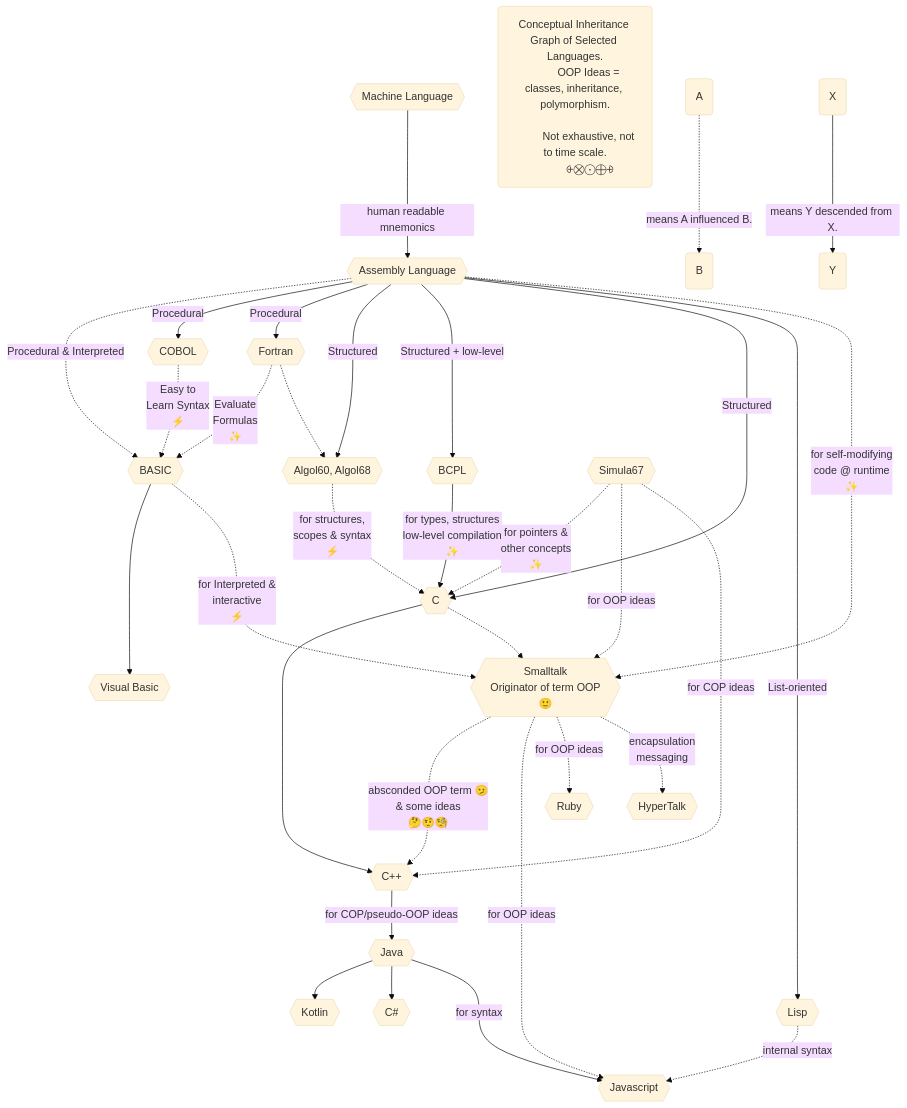
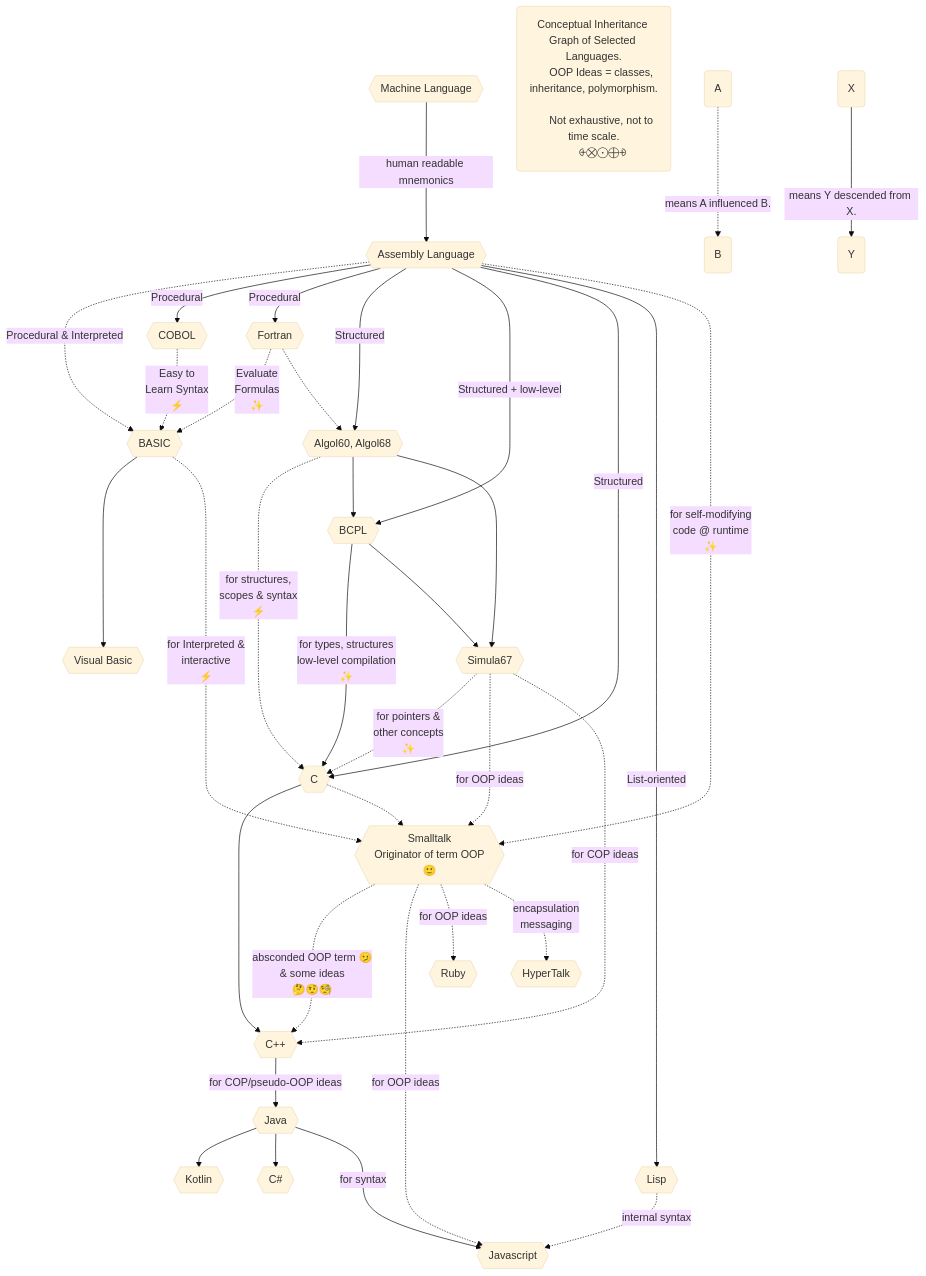
Before and after one commit to realityexpander/How_to_program_from_ground_up: the diagram in 13-Conclusion.md, drawn with Mermaid (base theme).

Commit message:
improve conclusion map

````diff
--- a/13-Conclusion.md
+++ b/13-Conclusion.md
@@ -30,73 +30,73 @@
   ```mermaid
     graph TB
         MachineLanguage{{Machine Language}} -->|human readable mnemonics| AssemblyLanguage
         AssemblyLanguage{{Assembly Language}} -.->|Procedural & Interpreted|Basic
         AssemblyLanguage{{Assembly Language}} -->|Procedural|COBOL
         AssemblyLanguage{{Assembly Language}} -->|Procedural|Fortran
         AssemblyLanguage{{Assembly Language}} -->|Structured|Algol68
         AssemblyLanguage{{Assembly Language}} -->|Structured + low-level|BCPL
         AssemblyLanguage{{Assembly Language}} -->|Structured|C
         AssemblyLanguage{{Assembly Language}} -->|List-oriented|Lisp
         
         COBOL{{"COBOL"}} -.->|"Easy to 
                               Learn Syntax
                               ⚡️️"|Basic
         Basic{{"BASIC"}} ---> VisualBasic
         Fortran{{"Fortran"}} -.->|"Evaluate 
                                   Formulas
                                   ✨"|Basic
         Algol68{{Algol60, Algol68}} -.->|"for structures, 
                                 scopes & syntax
                                 ⚡️️
                                 "|C
         BCPL{{"BCPL"}} -->|"for types, structures 
                             low-level compilation
                             ✨"|C
-%%        Algol68 --> BCPL 
-%%        BCPL --> Simula67
-%%        Algol68 --> Simula67
+        Algol68 --> BCPL 
+        BCPL --> Simula67
+        Algol68 --> Simula67
         Simula67{{"Simula67"}} -.->|"for pointers & 
                                     other concepts
                                     ✨"|C
         Simula67 -.->|for OOP ideas|Smalltalk
         C{{"C"}} -->Cplusplus
         C -.->Smalltalk
         Simula67 -.->|for COP ideas|Cplusplus
         Cplusplus{{"C++"}} -->|for COP/pseudo-OOP ideas|Java
         Smalltalk -..->|"absconded OOP term 🫤 
                         & some ideas
                         🤔🤨🧐"|Cplusplus
         Java{{Java}} -->Kotlin
         Java -->CSharp
         CSharp{{"C#"}}
         Fortran -.->Algol68
         Smalltalk{{"Smalltalk
                   Originator of term OOP
                   🙂"}} -.->|for OOP ideas|Javascript
         Smalltalk -.->|for OOP ideas|Ruby
         Smalltalk -.->|"encapsulation
                        messaging"|HyperTalk
         Basic -.-> |"for Interpreted & 
                     interactive
                     ⚡️"|Smalltalk
         AssemblyLanguage-.->|"for self-modifying 
                               code @ runtime
                               ✨"|Smalltalk
         
         Lisp{{"Lisp"}} -.->|internal syntax|Javascript
         Java--->|for syntax|Javascript
         Kotlin{{Kotlin}}
         Ruby{{Ruby}}
         HyperTalk{{HyperTalk}}
         Javascript{{Javascript}}
         VisualBasic{{"Visual Basic"}}
     
     Note("Conceptual Inheritance Graph of Selected Languages.
           OOP Ideas = classes, inheritance, polymorphism.
           
           Not exhaustive, not to time scale.
           ⨭⨂⨀⨁⨮")
     A("A") -.-> |means A influenced B.| B("B")
     X("X") --> |means Y descended from X.| Y("Y")
     
   ```
````
